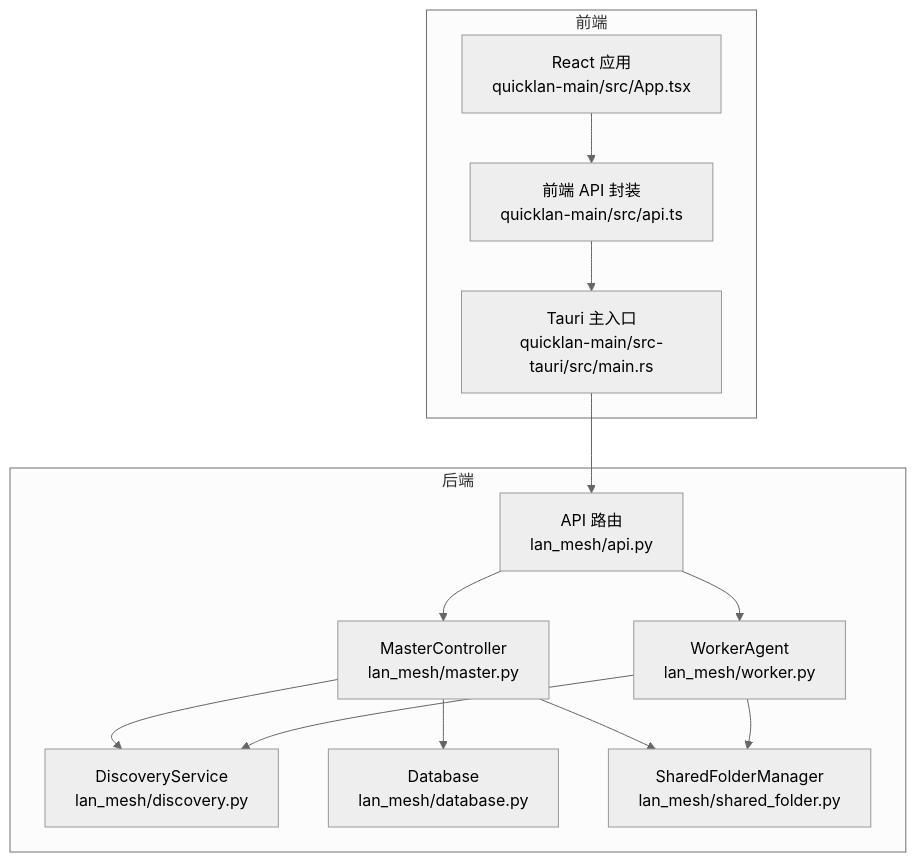
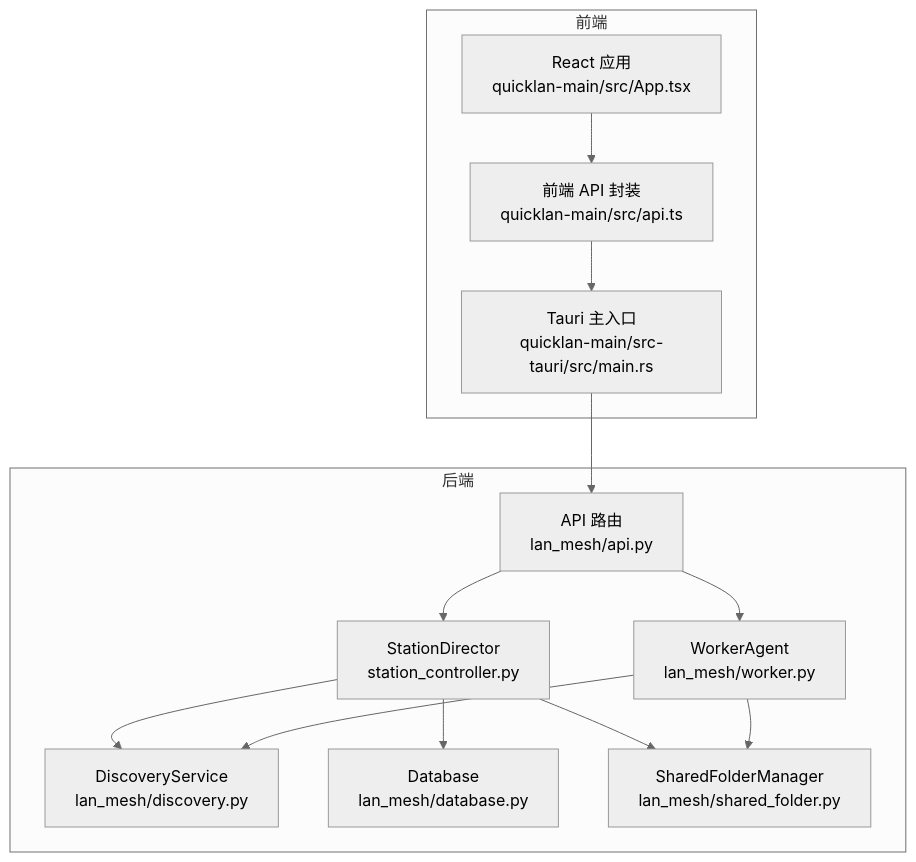
One commit to targalian/Personal-distributed-workstation changed the first of 3 diagrams in .qoder/repowiki/zh/content/故障排除.md. Above: the diagram before and after it, drawn with Mermaid (neutral theme). The commit also changed other lines of this file and 63 other files, not shown here.

Commit message:
docs(station): 同步 repo wiki 至 station_controller/station_api 架构

````diff
--- a/.qoder/repowiki/zh/content/故障排除.md
+++ b/.qoder/repowiki/zh/content/故障排除.md
@@ -41,26 +41,26 @@
 ```mermaid
 graph TB
 subgraph "后端"
-M["MasterController<br/>lan_mesh/master.py"]
+M["StationDirector<br/>station_controller.py"]
 W["WorkerAgent<br/>lan_mesh/worker.py"]
 D["DiscoveryService<br/>lan_mesh/discovery.py"]
 DB["Database<br/>lan_mesh/database.py"]
 SF["SharedFolderManager<br/>lan_mesh/shared_folder.py"]
 API["API 路由<br/>lan_mesh/api.py"]
 end
 subgraph "前端"
 UI["React 应用<br/>quicklan-main/src/App.tsx"]
 TAURI["Tauri 主入口<br/>quicklan-main/src-tauri/src/main.rs"]
 APIJS["前端 API 封装<br/>quicklan-main/src/api.ts"]
 end
 UI --> APIJS
 APIJS --> TAURI
 TAURI --> API
 API --> M
 API --> W
 M --> D
 W --> D
 M --> DB
 M --> SF
 W --> SF
 ```
````
